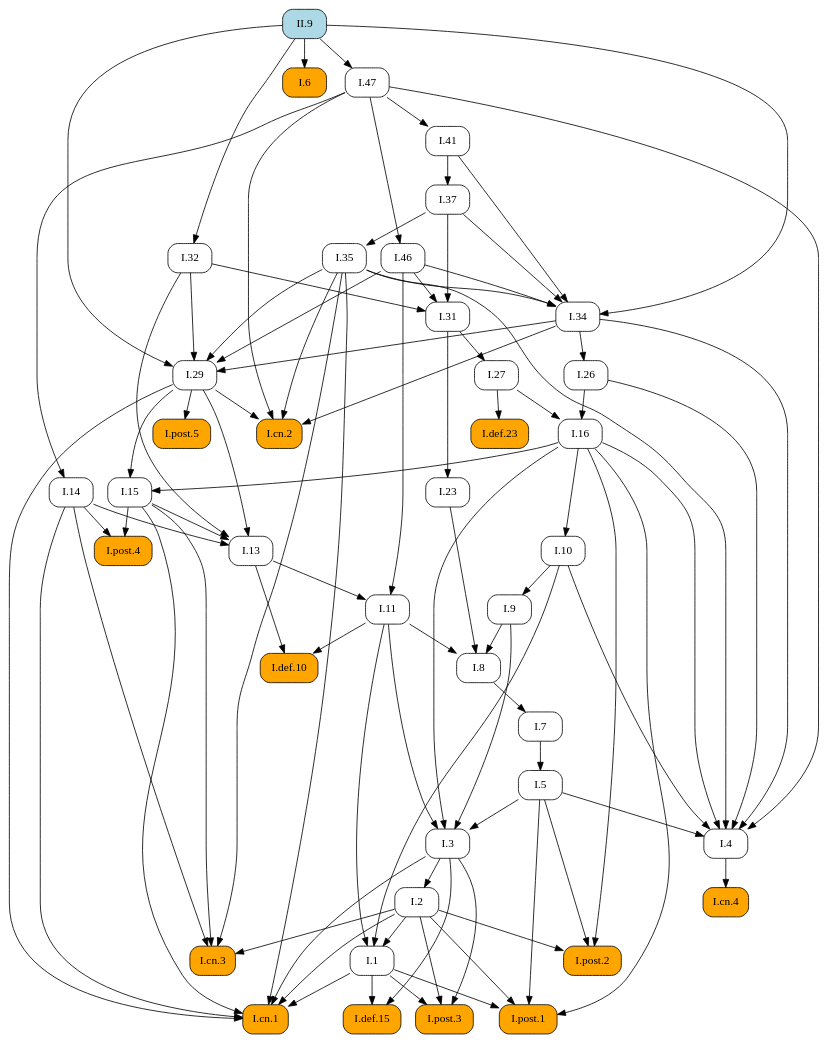
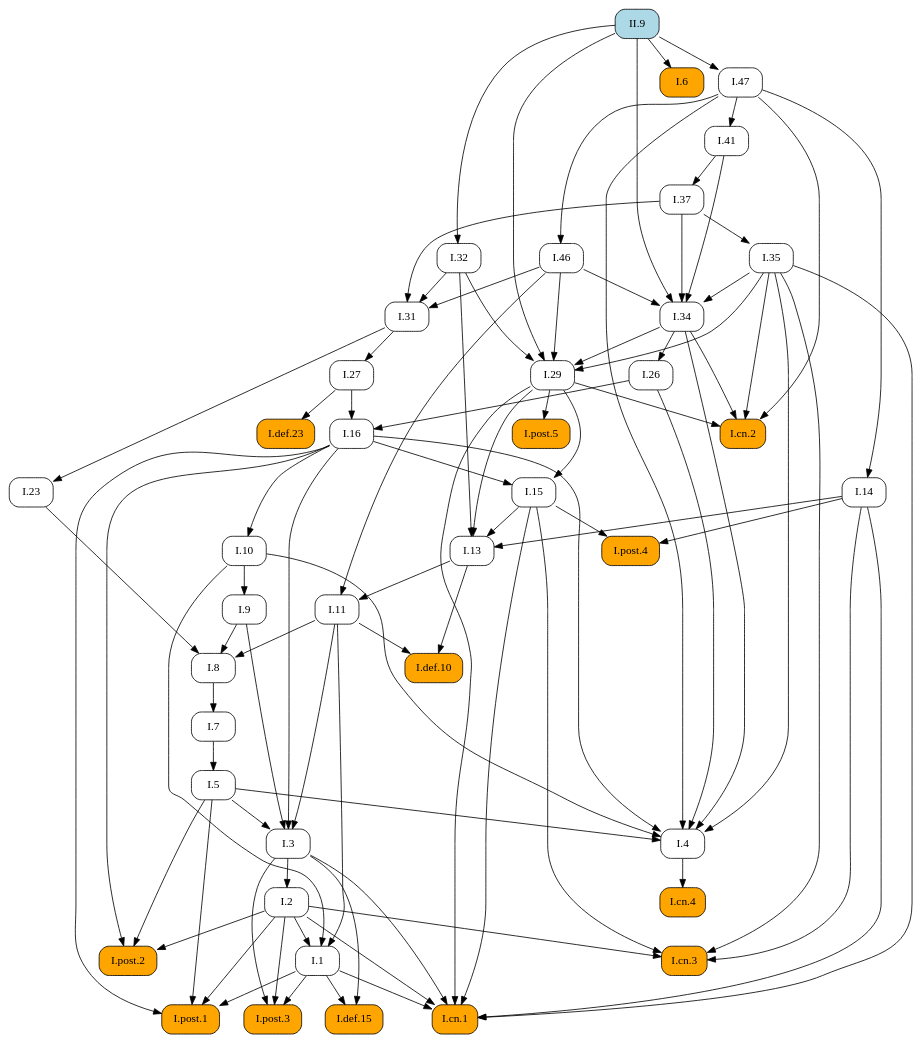
Before and after one commit to geometor/elements: the diagram in docsrc/heath/II/9/index.rst, drawn with Graphviz. The commit also changed other lines of this file and 1029 other files, not shown here.

```diff
--- a/docsrc/heath/II/9/index.rst
+++ b/docsrc/heath/II/9/index.rst
@@ -129,96 +129,105 @@
    digraph {
      rankdir="TB";
      node [shape=box, style=rounded];
+     "I.def.10" [style="rounded,filled", fillcolor=orange, URL="/heath/I/def.10/", target="_top"];
+     "I.11" [URL="/heath/I/11/", target="_top"];
+     "I.post.4" [style="rounded,filled", fillcolor=orange, URL="/heath/I/post.4/", target="_top"];
+     "I.1" [URL="/heath/I/1/", target="_top"];
+     "I.26" [URL="/heath/I/26/", target="_top"];
+     "I.29" [URL="/heath/I/29/", target="_top"];
+     "I.cn.2" [style="rounded,filled", fillcolor=orange, URL="/heath/I/cn.2/", target="_top"];
+     "I.47" [URL="/heath/I/47/", target="_top"];
+     "I.def.15" [style="rounded,filled", fillcolor=orange, URL="/heath/I/def.15/", target="_top"];
+     "I.post.3" [style="rounded,filled", fillcolor=orange, URL="/heath/I/post.3/", target="_top"];
+     "I.cn.1" [style="rounded,filled", fillcolor=orange, URL="/heath/I/cn.1/", target="_top"];
      "I.cn.3" [style="rounded,filled", fillcolor=orange, URL="/heath/I/cn.3/", target="_top"];
-     "I.29" [URL="/heath/I/29/", target="_top"];
+     "I.14" [URL="/heath/I/14/", target="_top"];
+     "I.23" [URL="/heath/I/23/", target="_top"];
+     "I.post.1" [style="rounded,filled", fillcolor=orange, URL="/heath/I/post.1/", target="_top"];
+     "I.35" [URL="/heath/I/35/", target="_top"];
+     "I.41" [URL="/heath/I/41/", target="_top"];
+     "I.27" [URL="/heath/I/27/", target="_top"];
+     "I.46" [URL="/heath/I/46/", target="_top"];
+     "I.37" [URL="/heath/I/37/", target="_top"];
+     "I.34" [URL="/heath/I/34/", target="_top"];
+     "I.6" [style="rounded,filled", fillcolor=orange, URL="/heath/I/6/", target="_top"];
+     "I.3" [URL="/heath/I/3/", target="_top"];
      "I.7" [URL="/heath/I/7/", target="_top"];
-     "I.27" [URL="/heath/I/27/", target="_top"];
-     "I.37" [URL="/heath/I/37/", target="_top"];
+     "I.2" [URL="/heath/I/2/", target="_top"];
+     "I.4" [URL="/heath/I/4/", target="_top"];
      "I.def.23" [style="rounded,filled", fillcolor=orange, URL="/heath/I/def.23/", target="_top"];
-     "I.34" [URL="/heath/I/34/", target="_top"];
+     "I.13" [URL="/heath/I/13/", target="_top"];
+     "II.9" [style="rounded,filled", fillcolor=lightblue, URL="/heath/II/9/", target="_top"];
+     "I.31" [URL="/heath/I/31/", target="_top"];
+     "I.post.2" [style="rounded,filled", fillcolor=orange, URL="/heath/I/post.2/", target="_top"];
+     "I.16" [URL="/heath/I/16/", target="_top"];
+     "I.9" [URL="/heath/I/9/", target="_top"];
+     "I.32" [URL="/heath/I/32/", target="_top"];
      "I.8" [URL="/heath/I/8/", target="_top"];
-     "I.9" [URL="/heath/I/9/", target="_top"];
-     "I.post.4" [style="rounded,filled", fillcolor=orange, URL="/heath/I/post.4/", target="_top"];
-     "I.2" [URL="/heath/I/2/", target="_top"];
-     "I.def.15" [style="rounded,filled", fillcolor=orange, URL="/heath/I/def.15/", target="_top"];
-     "I.1" [URL="/heath/I/1/", target="_top"];
-     "I.post.1" [style="rounded,filled", fillcolor=orange, URL="/heath/I/post.1/", target="_top"];
      "I.cn.4" [style="rounded,filled", fillcolor=orange, URL="/heath/I/cn.4/", target="_top"];
-     "II.9" [style="rounded,filled", fillcolor=lightblue, URL="/heath/II/9/", target="_top"];
-     "I.26" [URL="/heath/I/26/", target="_top"];
-     "I.6" [style="rounded,filled", fillcolor=orange, URL="/heath/I/6/", target="_top"];
-     "I.13" [URL="/heath/I/13/", target="_top"];
-     "I.23" [URL="/heath/I/23/", target="_top"];
-     "I.cn.2" [style="rounded,filled", fillcolor=orange, URL="/heath/I/cn.2/", target="_top"];
+     "I.15" [URL="/heath/I/15/", target="_top"];
+     "I.post.5" [style="rounded,filled", fillcolor=orange, URL="/heath/I/post.5/", target="_top"];
+     "I.10" [URL="/heath/I/10/", target="_top"];
      "I.5" [URL="/heath/I/5/", target="_top"];
-     "I.11" [URL="/heath/I/11/", target="_top"];
-     "I.10" [URL="/heath/I/10/", target="_top"];
-     "I.4" [URL="/heath/I/4/", target="_top"];
-     "I.3" [URL="/heath/I/3/", target="_top"];
-     "I.16" [URL="/heath/I/16/", target="_top"];
-     "I.31" [URL="/heath/I/31/", target="_top"];
-     "I.def.10" [style="rounded,filled", fillcolor=orange, URL="/heath/I/def.10/", target="_top"];
-     "I.46" [URL="/heath/I/46/", target="_top"];
-     "I.post.2" [style="rounded,filled", fillcolor=orange, URL="/heath/I/post.2/", target="_top"];
-     "I.post.3" [style="rounded,filled", fillcolor=orange, URL="/heath/I/post.3/", target="_top"];
-     "I.post.5" [style="rounded,filled", fillcolor=orange, URL="/heath/I/post.5/", target="_top"];
-     "I.14" [URL="/heath/I/14/", target="_top"];
-     "I.35" [URL="/heath/I/35/", target="_top"];
-     "I.47" [URL="/heath/I/47/", target="_top"];
-     "I.15" [URL="/heath/I/15/", target="_top"];
-     "I.cn.1" [style="rounded,filled", fillcolor=orange, URL="/heath/I/cn.1/", target="_top"];
-     "I.32" [URL="/heath/I/32/", target="_top"];
-     "I.41" [URL="/heath/I/41/", target="_top"];
-     "I.2" -> "I.cn.3";
-     "I.14" -> "I.cn.3";
-     "I.15" -> "I.cn.3";
-     "I.35" -> "I.cn.3";
+     "I.11" -> "I.def.10";
+     "I.13" -> "I.def.10";
+     "I.13" -> "I.11";
+     "I.46" -> "I.11";
+     "I.14" -> "I.post.4";
+     "I.15" -> "I.post.4";
+     "I.2" -> "I.1";
+     "I.10" -> "I.1";
+     "I.11" -> "I.1";
+     "I.34" -> "I.26";
      "I.32" -> "I.29";
      "I.34" -> "I.29";
      "I.35" -> "I.29";
      "I.46" -> "I.29";
      "II.9" -> "I.29";
-     "I.8" -> "I.7";
+     "I.29" -> "I.cn.2";
+     "I.34" -> "I.cn.2";
+     "I.35" -> "I.cn.2";
+     "I.47" -> "I.cn.2";
+     "II.9" -> "I.47";
+     "I.1" -> "I.def.15";
+     "I.3" -> "I.def.15";
+     "I.1" -> "I.post.3";
+     "I.2" -> "I.post.3";
+     "I.3" -> "I.post.3";
+     "I.1" -> "I.cn.1";
+     "I.2" -> "I.cn.1";
+     "I.3" -> "I.cn.1";
+     "I.14" -> "I.cn.1";
+     "I.15" -> "I.cn.1";
+     "I.29" -> "I.cn.1";
+     "I.35" -> "I.cn.1";
+     "I.2" -> "I.cn.3";
+     "I.14" -> "I.cn.3";
+     "I.15" -> "I.cn.3";
+     "I.35" -> "I.cn.3";
+     "I.47" -> "I.14";
+     "I.31" -> "I.23";
+     "I.1" -> "I.post.1";
+     "I.2" -> "I.post.1";
+     "I.5" -> "I.post.1";
+     "I.16" -> "I.post.1";
+     "I.37" -> "I.35";
+     "I.47" -> "I.41";
      "I.31" -> "I.27";
+     "I.47" -> "I.46";
      "I.41" -> "I.37";
-     "I.27" -> "I.def.23";
      "I.35" -> "I.34";
      "I.37" -> "I.34";
      "I.41" -> "I.34";
      "I.46" -> "I.34";
      "II.9" -> "I.34";
-     "I.9" -> "I.8";
-     "I.11" -> "I.8";
-     "I.23" -> "I.8";
-     "I.10" -> "I.9";
-     "I.14" -> "I.post.4";
-     "I.15" -> "I.post.4";
+     "II.9" -> "I.6";
+     "I.5" -> "I.3";
+     "I.9" -> "I.3";
+     "I.11" -> "I.3";
+     "I.16" -> "I.3";
+     "I.8" -> "I.7";
      "I.3" -> "I.2";
-     "I.1" -> "I.def.15";
-     "I.3" -> "I.def.15";
-     "I.2" -> "I.1";
-     "I.10" -> "I.1";
-     "I.11" -> "I.1";
-     "I.1" -> "I.post.1";
-     "I.2" -> "I.post.1";
-     "I.5" -> "I.post.1";
-     "I.16" -> "I.post.1";
-     "I.4" -> "I.cn.4";
-     "I.34" -> "I.26";
-     "II.9" -> "I.6";
-     "I.14" -> "I.13";
-     "I.15" -> "I.13";
-     "I.29" -> "I.13";
-     "I.32" -> "I.13";
-     "I.31" -> "I.23";
-     "I.29" -> "I.cn.2";
-     "I.34" -> "I.cn.2";
-     "I.35" -> "I.cn.2";
-     "I.47" -> "I.cn.2";
-     "I.7" -> "I.5";
-     "I.13" -> "I.11";
-     "I.46" -> "I.11";
-     "I.16" -> "I.10";
      "I.5" -> "I.4";
      "I.10" -> "I.4";
      "I.16" -> "I.4";
@@ -226,37 +235,28 @@
      "I.34" -> "I.4";
      "I.35" -> "I.4";
      "I.47" -> "I.4";
-     "I.5" -> "I.3";
-     "I.9" -> "I.3";
-     "I.11" -> "I.3";
-     "I.16" -> "I.3";
-     "I.26" -> "I.16";
-     "I.27" -> "I.16";
+     "I.27" -> "I.def.23";
+     "I.14" -> "I.13";
+     "I.15" -> "I.13";
+     "I.29" -> "I.13";
+     "I.32" -> "I.13";
      "I.32" -> "I.31";
      "I.37" -> "I.31";
      "I.46" -> "I.31";
-     "I.11" -> "I.def.10";
-     "I.13" -> "I.def.10";
-     "I.47" -> "I.46";
      "I.2" -> "I.post.2";
      "I.5" -> "I.post.2";
      "I.16" -> "I.post.2";
-     "I.1" -> "I.post.3";
-     "I.2" -> "I.post.3";
-     "I.3" -> "I.post.3";
-     "I.29" -> "I.post.5";
-     "I.47" -> "I.14";
-     "I.37" -> "I.35";
-     "II.9" -> "I.47";
+     "I.26" -> "I.16";
+     "I.27" -> "I.16";
+     "I.10" -> "I.9";
+     "II.9" -> "I.32";
+     "I.9" -> "I.8";
+     "I.11" -> "I.8";
+     "I.23" -> "I.8";
+     "I.4" -> "I.cn.4";
      "I.16" -> "I.15";
      "I.29" -> "I.15";
-     "I.1" -> "I.cn.1";
-     "I.2" -> "I.cn.1";
-     "I.3" -> "I.cn.1";
-     "I.14" -> "I.cn.1";
-     "I.15" -> "I.cn.1";
-     "I.29" -> "I.cn.1";
-     "I.35" -> "I.cn.1";
-     "II.9" -> "I.32";
-     "I.47" -> "I.41";
+     "I.29" -> "I.post.5";
+     "I.16" -> "I.10";
+     "I.7" -> "I.5";
    }
```
